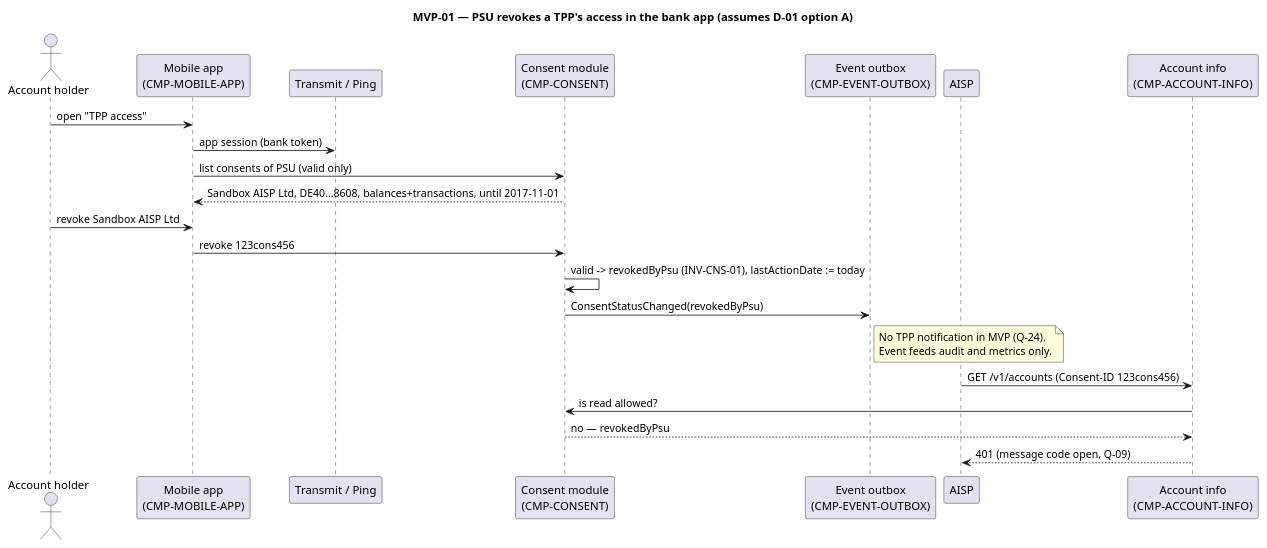
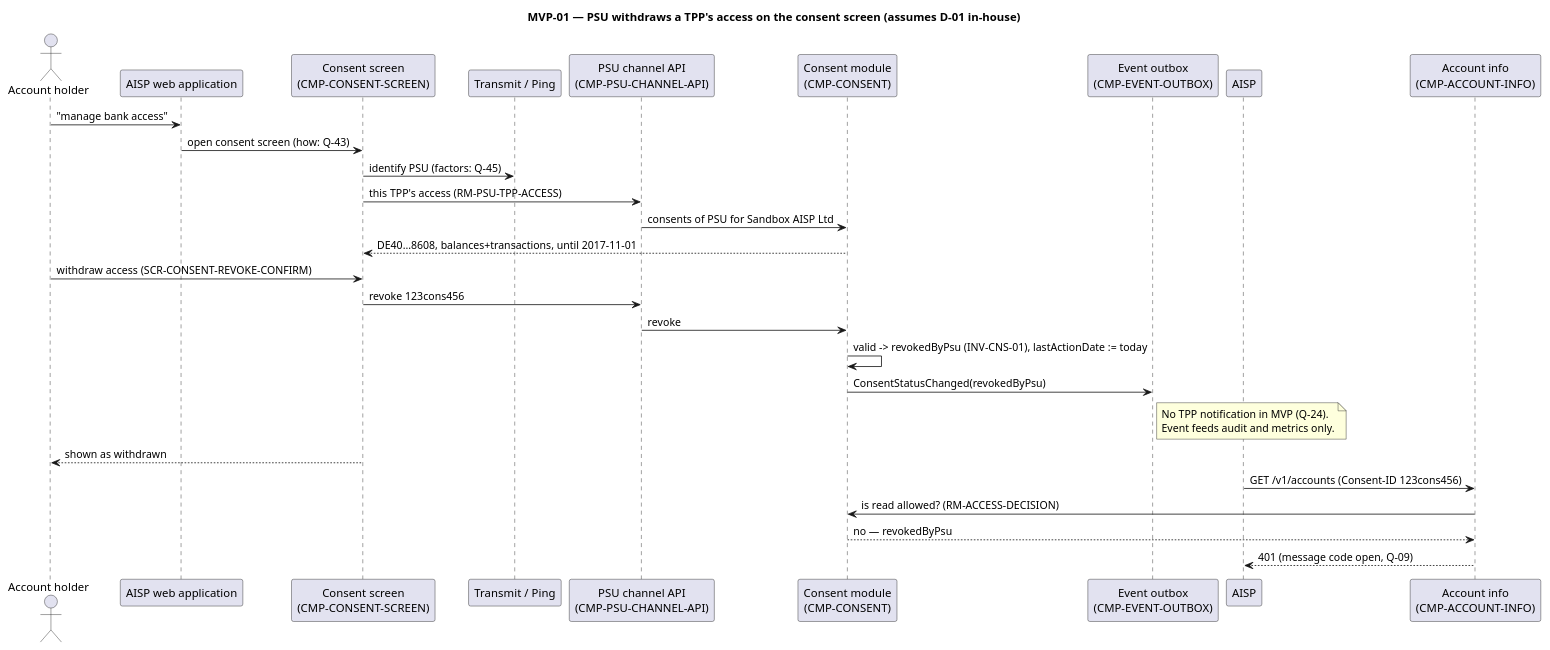
Before and after one commit to vondacho/psd2-sandbox: the diagram in docs/system/uml/sequence/mvp-psu-revoke.puml, drawn with PlantUML. The commit also changed 32 other files, not shown here.

First line of the commit message:
Realign proposal with ADR revision: consent screen, app as last factor

```diff
--- a/docs/system/uml/sequence/mvp-psu-revoke.puml
+++ b/docs/system/uml/sequence/mvp-psu-revoke.puml
@@ -1,28 +1,37 @@
 @startuml mvp-psu-revoke
-' MVP-01: PSU reviews and revokes TPP access in the mobile app. PROPOSAL, AI, 2026-09-19.
-' Stories: STORY-PSU-ACCESS-OVERVIEW, STORY-PSU-REVOKE (scope open, Q-26; data owner D-01).
-title MVP-01 — PSU revokes a TPP's access in the bank app (assumes D-01 option A)
+' MVP-01: PSU withdraws a TPP's access on the consent screen. PROPOSAL, AI, 2026-09-19.
+' Iteration 3 (SRC-ADR 87c72b8): revocation moved from the mobile app to the consent screen
+' ("grant or revoke access", presented in the TPP web application). How the PSU reaches it is
+' open (Q-43); the provider (ASPSP gateway or Finologee) is D-01 — shown here in-house.
+' Stories: STORY-PSU-REVOKE.
+title MVP-01 — PSU withdraws a TPP's access on the consent screen (assumes D-01 in-house)
 
 actor "Account holder" as PSU
-participant "Mobile app\n(CMP-MOBILE-APP)" as APP
+participant "AISP web application" as TPPW
+participant "Consent screen\n(CMP-CONSENT-SCREEN)" as CS
 participant "Transmit / Ping" as IAM
+participant "PSU channel API\n(CMP-PSU-CHANNEL-API)" as CH
 participant "Consent module\n(CMP-CONSENT)" as CNS
 participant "Event outbox\n(CMP-EVENT-OUTBOX)" as OUT
 participant "AISP" as TPP
 participant "Account info\n(CMP-ACCOUNT-INFO)" as ACC
 
-PSU -> APP : open "TPP access"
-APP -> IAM : app session (bank token)
-APP -> CNS : list consents of PSU (valid only)
-CNS --> APP : Sandbox AISP Ltd, DE40…8608, balances+transactions, until 2017-11-01
-PSU -> APP : revoke Sandbox AISP Ltd
-APP -> CNS : revoke 123cons456
+PSU -> TPPW : "manage bank access"
+TPPW -> CS : open consent screen (how: Q-43)
+CS -> IAM : identify PSU (factors: Q-45)
+CS -> CH : this TPP's access (RM-PSU-TPP-ACCESS)
+CH -> CNS : consents of PSU for Sandbox AISP Ltd
+CNS --> CS : DE40…8608, balances+transactions, until 2017-11-01
+PSU -> CS : withdraw access (SCR-CONSENT-REVOKE-CONFIRM)
+CS -> CH : revoke 123cons456
+CH -> CNS : revoke
 CNS -> CNS : valid -> revokedByPsu (INV-CNS-01), lastActionDate := today
 CNS -> OUT : ConsentStatusChanged(revokedByPsu)
 note right of OUT : No TPP notification in MVP (Q-24).\nEvent feeds audit and metrics only.
+CS --> PSU : shown as withdrawn
 
 TPP -> ACC : GET /v1/accounts (Consent-ID 123cons456)
-ACC -> CNS : is read allowed?
+ACC -> CNS : is read allowed? (RM-ACCESS-DECISION)
 CNS --> ACC : no — revokedByPsu
 ACC --> TPP : 401 (message code open, Q-09)
 @enduml
```
